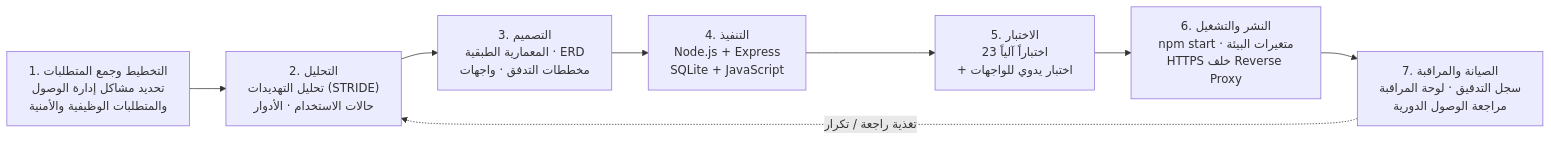
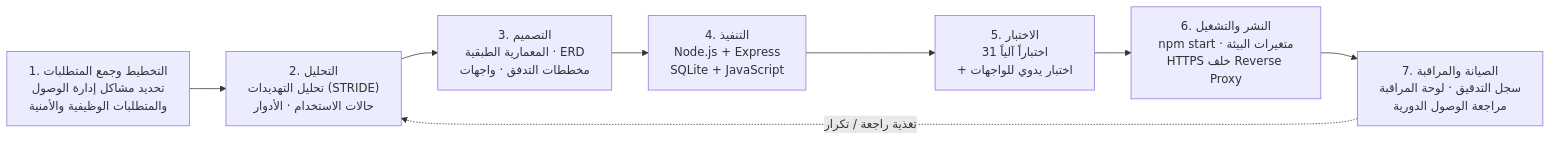
Diagram 11 of 11 in docs/02-diagrams.md (blackangiliq/ameer_graduate_project), drawn with Mermaid before and after one commit. The commit also changed other lines of this file and 101 other files, not shown here.

````diff
--- a/docs/02-diagrams.md
+++ b/docs/02-diagrams.md
@@ -479,10 +632,10 @@
 ```mermaid
 flowchart LR
   A["1. التخطيط وجمع المتطلبات<br/>تحديد مشاكل إدارة الوصول<br/>والمتطلبات الوظيفية والأمنية"] --> B["2. التحليل<br/>تحليل التهديدات (STRIDE)<br/>حالات الاستخدام · الأدوار"]
   B --> C["3. التصميم<br/>المعمارية الطبقية · ERD<br/>مخططات التدفق · واجهات"]
   C --> D["4. التنفيذ<br/>Node.js + Express<br/>SQLite + JavaScript"]
-  D --> E["5. الاختبار<br/>23 اختباراً آلياً<br/>+ اختبار يدوي للواجهات"]
+  D --> E["5. الاختبار<br/>31 اختباراً آلياً<br/>+ اختبار يدوي للواجهات"]
   E --> F["6. النشر والتشغيل<br/>npm start · متغيرات البيئة<br/>HTTPS خلف Reverse Proxy"]
   F --> G["7. الصيانة والمراقبة<br/>سجل التدقيق · لوحة المراقبة<br/>مراجعة الوصول الدورية"]
   G -. تغذية راجعة / تكرار .-> B
 ```
````
